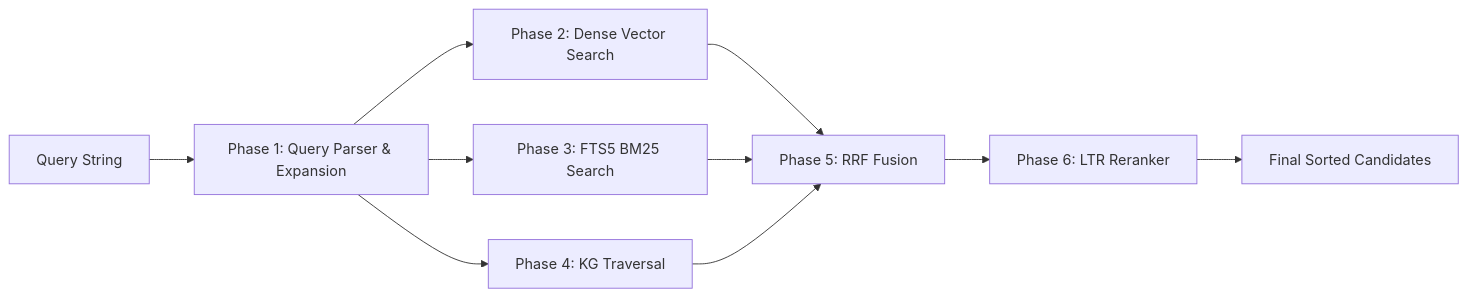
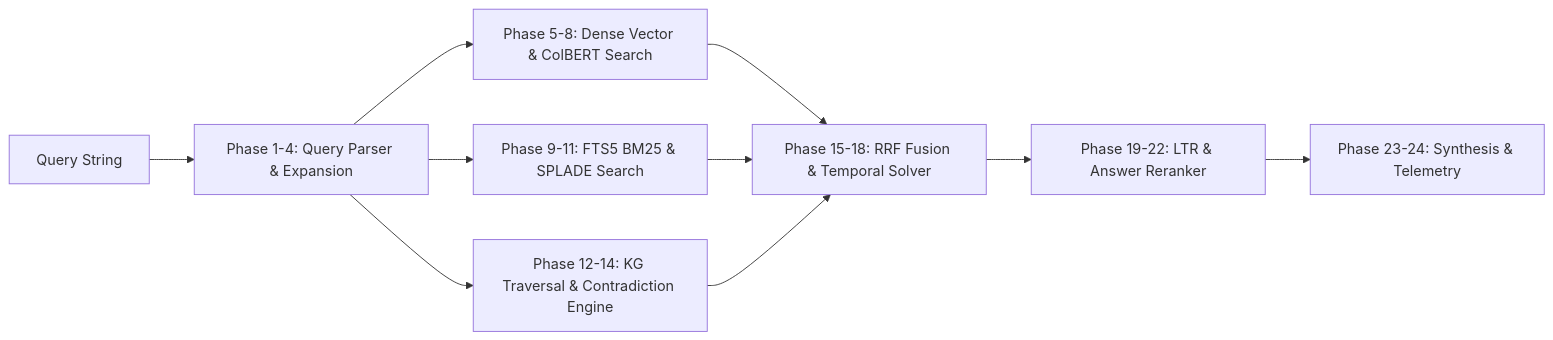
One commit to ArkaAiAdmin/Agentic-Memory changed the diagram in repowiki/en/content/Integrations/MCP Tools and Protocol/Memory Operations Tools/Memory Search and Retrieval Tools.md. Above: the diagram before and after it, drawn with Mermaid. The commit also changed other lines of this file and 3 other files, not shown here.

````diff
--- a/repowiki/en/content/Integrations/MCP Tools and Protocol/Memory Operations Tools/Memory Search and Retrieval Tools.md
+++ b/repowiki/en/content/Integrations/MCP Tools and Protocol/Memory Operations Tools/Memory Search and Retrieval Tools.md
@@ -15,12 +15,12 @@
 ```mermaid
 graph LR
-    Query[Query String] --> Parse[Phase 1: Query Parser & Expansion]
-    Parse --> Vector[Phase 2: Dense Vector Search]
-    Parse --> BM25[Phase 3: FTS5 BM25 Search]
-    Parse --> KG[Phase 4: KG Traversal]
-    Vector --> RRF[Phase 5: RRF Fusion]
+    Query["Query String"] --> Parse["Phase 1-4: Query Parser & Expansion"]
+    Parse --> Vector["Phase 5-8: Dense Vector & ColBERT Search"]
+    Parse --> BM25["Phase 9-11: FTS5 BM25 & SPLADE Search"]
+    Parse --> KG["Phase 12-14: KG Traversal & Contradiction Engine"]
+    Vector --> RRF["Phase 15-18: RRF Fusion & Temporal Solver"]
     BM25 --> RRF
     KG --> RRF
-    RRF --> LTR[Phase 6: LTR Reranker]
-    LTR --> Final[Final Sorted Candidates]
+    RRF --> LTR["Phase 19-22: LTR & Answer Reranker"]
+    LTR --> Telemetry["Phase 23-24: Synthesis & Telemetry"]
 ```
````
